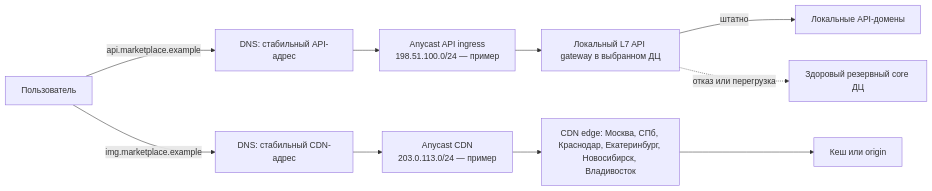
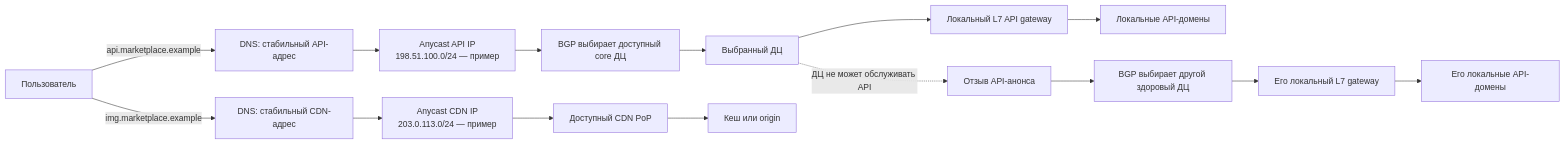
The first of 2 diagrams in README.md (amklimenkov752/tp_highload_2026), drawn with Mermaid before and after one commit. The commit also changed other lines of this file, not shown here.

````diff
--- a/README.md
+++ b/README.md
@@ -351,12 +351,17 @@
 ```mermaid
 flowchart LR
     U[Пользователь] -->|api.marketplace.example| DNS1[DNS: стабильный API-адрес]
-    DNS1 --> AAPI[Anycast API ingress\n198.51.100.0/24 — пример]
-    AAPI --> G[Локальный L7 API gateway в выбранном ДЦ]
-    G -->|штатно| L[Локальные API-домены]
-    G -.->|отказ или перегрузка| R[Здоровый резервный core ДЦ]
+    DNS1 --> AAPI[Anycast API IP\n198.51.100.0/24 — пример]
+    AAPI --> BGP[BGP выбирает доступный core ДЦ]
+    BGP --> DC[Выбранный ДЦ]
+    DC --> G[Локальный L7 API gateway]
+    G --> L[Локальные API-домены]
+    DC -.->|ДЦ не может обслуживать API| W[Отзыв API-анонса]
+    W --> ALT[BGP выбирает другой здоровый ДЦ]
+    ALT --> G2[Его локальный L7 gateway]
+    G2 --> L2[Его локальные API-домены]
     U -->|img.marketplace.example| DNS2[DNS: стабильный CDN-адрес]
-    DNS2 --> ACDN[Anycast CDN\n203.0.113.0/24 — пример]
-    ACDN --> C[CDN edge: Москва, СПб, Краснодар, Екатеринбург, Новосибирск, Владивосток]
+    DNS2 --> ACDN[Anycast CDN IP\n203.0.113.0/24 — пример]
+    ACDN --> C[Доступный CDN PoP]
     C --> O[Кеш или origin]
 ```
````
